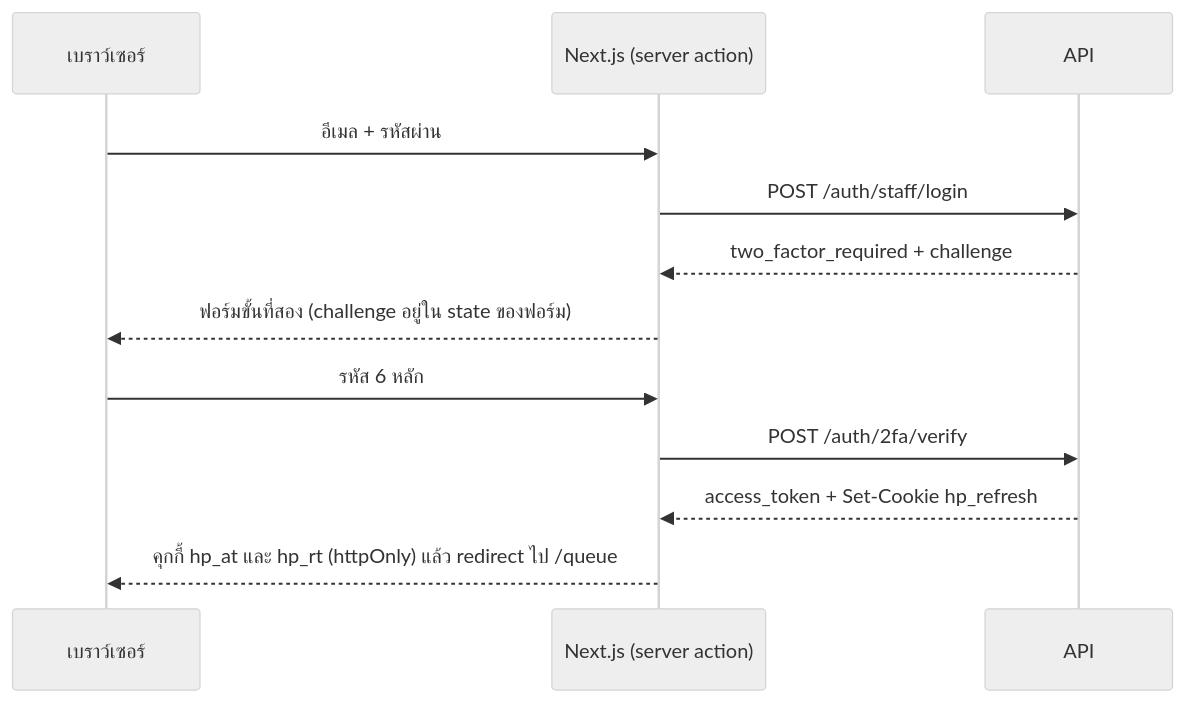
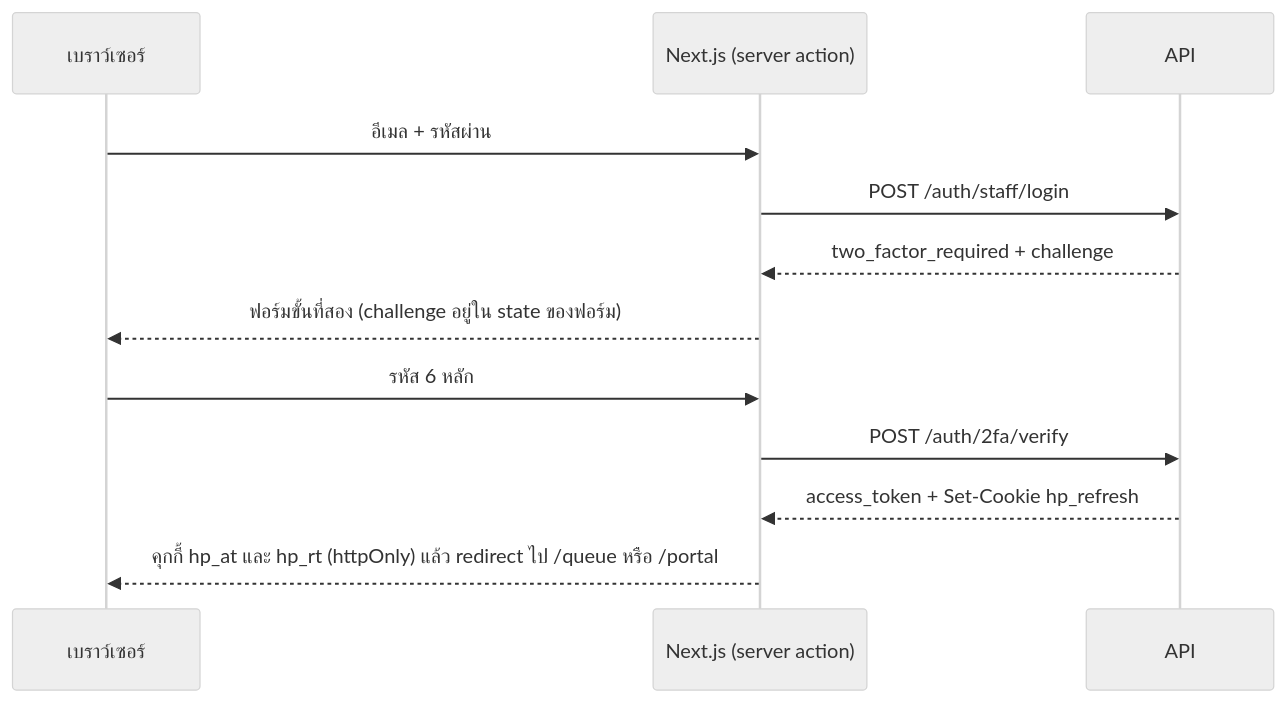
One commit to MildRinrada/Happy-Paws-Clinic changed the diagram in docs/authentication.md. Above: the diagram before and after it, drawn with Mermaid (neutral theme). The commit also changed other lines of this file and 73 other files, not shown here.

````diff
--- a/docs/authentication.md
+++ b/docs/authentication.md
@@ -37,14 +37,14 @@
 ```mermaid
 sequenceDiagram
     participant B as เบราว์เซอร์
     participant W as Next.js (server action)
     participant A as API
     B->>W: อีเมล + รหัสผ่าน
     W->>A: POST /auth/staff/login
     A-->>W: two_factor_required + challenge
     W-->>B: ฟอร์มขั้นที่สอง (challenge อยู่ใน state ของฟอร์ม)
     B->>W: รหัส 6 หลัก
     W->>A: POST /auth/2fa/verify
     A-->>W: access_token + Set-Cookie hp_refresh
-    W-->>B: คุกกี้ hp_at และ hp_rt (httpOnly) แล้ว redirect ไป /queue
+    W-->>B: คุกกี้ hp_at และ hp_rt (httpOnly) แล้ว redirect ไป /queue หรือ /portal
 ```
````
